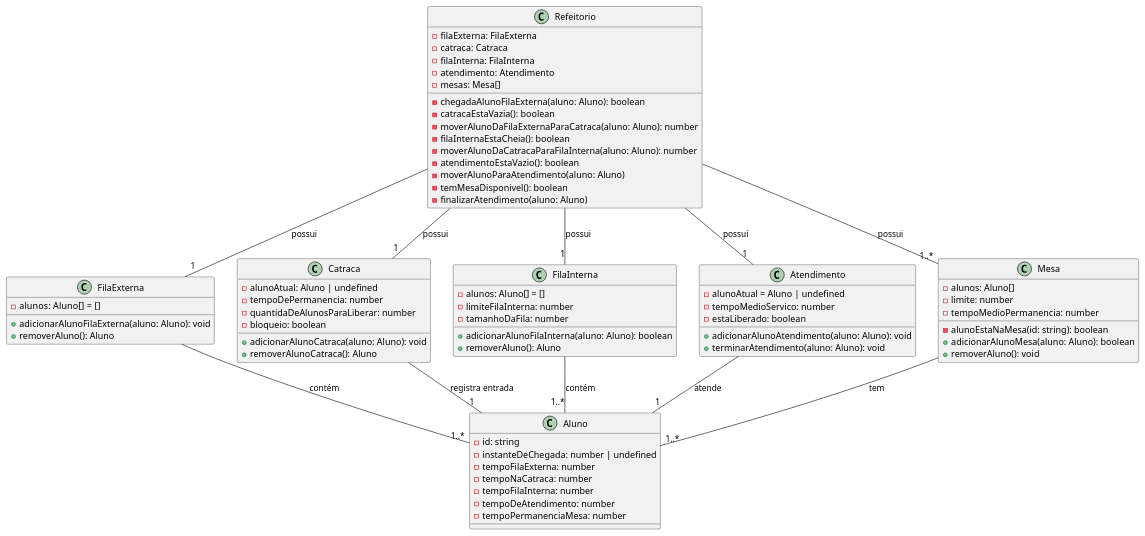
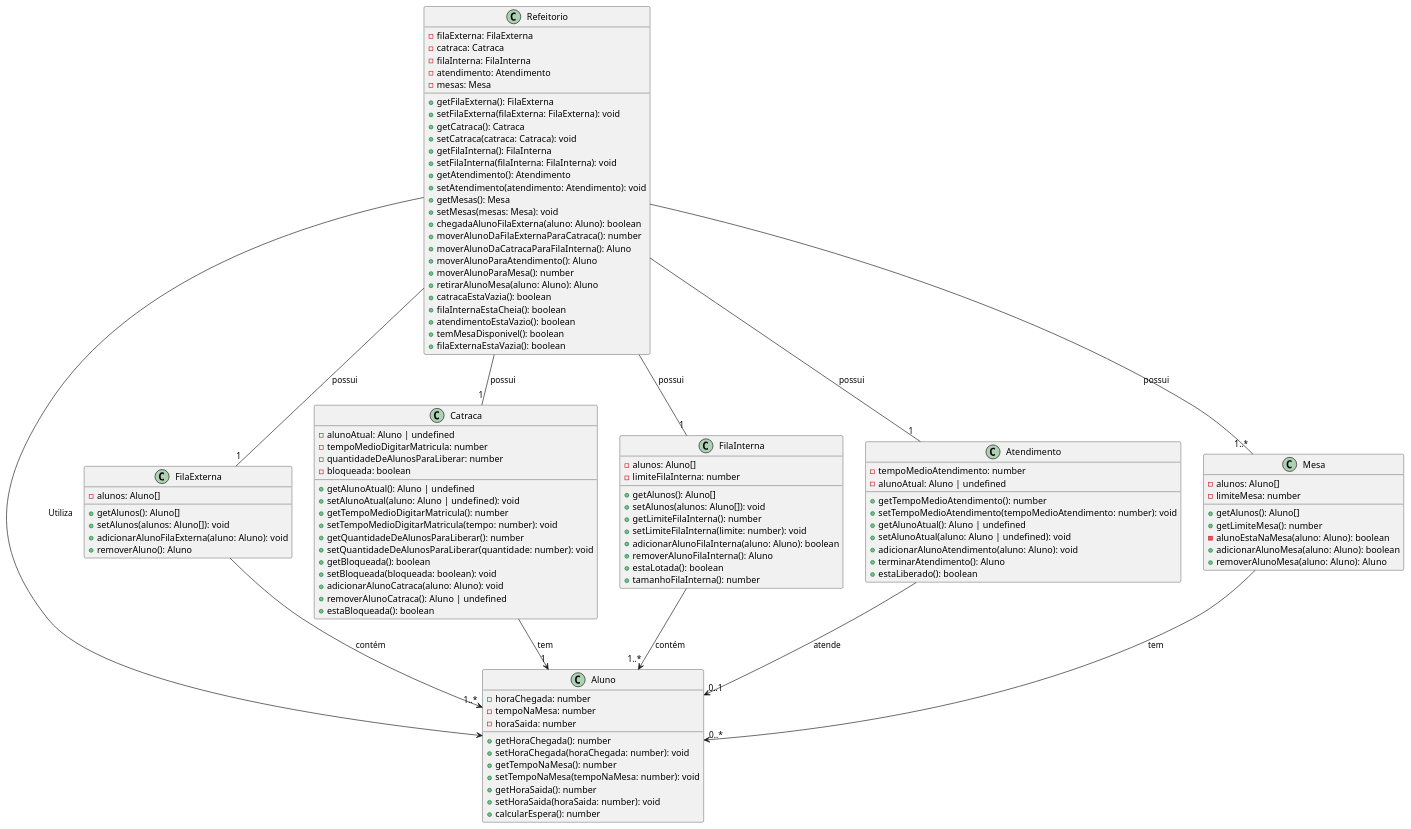
Before and after one commit to j-nilton/sfr-template: the diagram in design/system.plantuml, drawn with PlantUML. The commit also changed 4 other files, not shown here.

Commit message:
Atualização dos diagramas e do README.

```diff
--- a/design/system.plantuml
+++ b/design/system.plantuml
@@ -1,81 +1,117 @@
 @startuml Sistema 
 class Aluno {
-    -id: string
-    -instanteDeChegada: number | undefined
-    -tempoFilaExterna: number
-    -tempoNaCatraca: number
-    -tempoFilaInterna: number
-    -tempoDeAtendimento: number
-    -tempoPermanenciaMesa: number
+    - horaChegada: number
+    - tempoNaMesa: number
+    - horaSaida: number
+    
+    + getHoraChegada(): number
+    + setHoraChegada(horaChegada: number): void
+    + getTempoNaMesa(): number
+    + setTempoNaMesa(tempoNaMesa: number): void
+    + getHoraSaida(): number
+    + setHoraSaida(horaSaida: number): void
+    + calcularEspera(): number
 }
 
 class FilaExterna {
-    -alunos: Aluno[]  = []
-    +adicionarAlunoFilaExterna(aluno: Aluno): void
-    +removerAluno(): Aluno
+    - alunos: Aluno[]
+    + getAlunos(): Aluno[]
+    + setAlunos(alunos: Aluno[]): void
+    + adicionarAlunoFilaExterna(aluno: Aluno): void
+    + removerAluno(): Aluno
 }
 
 class Catraca {
-    -alunoAtual: Aluno | undefined
-    -tempoDePermanencia: number
-    -quantidaDeAlunosParaLiberar: number
-    -bloqueio: boolean
-    +adicionarAlunoCatraca(aluno: Aluno): void
-    +removerAlunoCatraca(): Aluno
+    - alunoAtual: Aluno | undefined
+    - tempoMedioDigitarMatricula: number
+    - quantidadeDeAlunosParaLiberar: number
+    - bloqueada: boolean
+    + getAlunoAtual(): Aluno | undefined
+    + setAlunoAtual(aluno: Aluno | undefined): void
+    + getTempoMedioDigitarMatricula(): number
+    + setTempoMedioDigitarMatricula(tempo: number): void
+    + getQuantidadeDeAlunosParaLiberar(): number
+    + setQuantidadeDeAlunosParaLiberar(quantidade: number): void
+    + getBloqueada(): boolean
+    + setBloqueada(bloqueada: boolean): void
+    + adicionarAlunoCatraca(aluno: Aluno): void
+    + removerAlunoCatraca(): Aluno | undefined
+    + estaBloqueada(): boolean
 }
 
 class FilaInterna {
-    -alunos: Aluno[] = []
-    -limiteFilaInterna: number
-    -tamanhoDaFila: number
-    +adicionarAlunoFilaInterna(aluno: Aluno): boolean
-    +removerAluno(): Aluno
+    - alunos: Aluno[]
+    - limiteFilaInterna: number
+    + getAlunos(): Aluno[]
+    + setAlunos(alunos: Aluno[]): void
+    + getLimiteFilaInterna(): number
+    + setLimiteFilaInterna(limite: number): void
+    + adicionarAlunoFilaInterna(aluno: Aluno): boolean
+    + removerAlunoFilaInterna(): Aluno
+    + estaLotada(): boolean
+    + tamanhoFilaInterna(): number
 }
 
 class Atendimento {
-    -alunoAtual = Aluno | undefined
-    -tempoMedioServico: number
-    -estaLiberado: boolean
-    +adicionarAlunoAtendimento(aluno: Aluno): void
-    +terminarAtendimento(aluno: Aluno): void
+    - tempoMedioAtendimento: number
+    - alunoAtual: Aluno | undefined
+    + getTempoMedioAtendimento(): number
+    + setTempoMedioAtendimento(tempoMedioAtendimento: number): void
+    + getAlunoAtual(): Aluno | undefined
+    + setAlunoAtual(aluno: Aluno | undefined): void
+    + adicionarAlunoAtendimento(aluno: Aluno): void
+    + terminarAtendimento(): Aluno
+    + estaLiberado(): boolean
 }
 
 class Mesa {
-    -alunos: Aluno[]
-    -limite: number
-    -tempoMedioPermanencia: number
-    -alunoEstaNaMesa(id: string): boolean
-    +adicionarAlunoMesa(aluno: Aluno): boolean
-    +removerAluno(): void
+    - alunos: Aluno[]
+    - limiteMesa: number
+    + getAlunos(): Aluno[]
+    + getLimiteMesa(): number
+    - alunoEstaNaMesa(aluno: Aluno): boolean
+    + adicionarAlunoMesa(aluno: Aluno): boolean
+    + removerAlunoMesa(aluno: Aluno): Aluno
 }
 
 class Refeitorio {
-    -filaExterna: FilaExterna
-    -catraca: Catraca
-    -filaInterna: FilaInterna
-    -atendimento: Atendimento
-    -mesas: Mesa[]
-    -chegadaAlunoFilaExterna(aluno: Aluno): boolean
-    -catracaEstaVazia(): boolean
-    -moverAlunoDaFilaExternaParaCatraca(aluno: Aluno): number
-    -filaInternaEstaCheia(): boolean
-    -moverAlunoDaCatracaParaFilaInterna(aluno: Aluno): number
-    -atendimentoEstaVazio(): boolean
-    -moverAlunoParaAtendimento(aluno: Aluno)
-    -temMesaDisponivel(): boolean
-    -finalizarAtendimento(aluno: Aluno)
-    
-
+    - filaExterna: FilaExterna
+    - catraca: Catraca
+    - filaInterna: FilaInterna
+    - atendimento: Atendimento
+    - mesas: Mesa
+    + getFilaExterna(): FilaExterna
+    + setFilaExterna(filaExterna: FilaExterna): void
+    + getCatraca(): Catraca
+    + setCatraca(catraca: Catraca): void
+    + getFilaInterna(): FilaInterna
+    + setFilaInterna(filaInterna: FilaInterna): void
+    + getAtendimento(): Atendimento
+    + setAtendimento(atendimento: Atendimento): void
+    + getMesas(): Mesa
+    + setMesas(mesas: Mesa): void
+    + chegadaAlunoFilaExterna(aluno: Aluno): boolean
+    + moverAlunoDaFilaExternaParaCatraca(): number
+    + moverAlunoDaCatracaParaFilaInterna(): Aluno
+    + moverAlunoParaAtendimento(): Aluno
+    + moverAlunoParaMesa(): number
+    + retirarAlunoMesa(aluno: Aluno): Aluno
+    + catracaEstaVazia(): boolean
+    + filaInternaEstaCheia(): boolean
+    + atendimentoEstaVazio(): boolean
+    + temMesaDisponivel(): boolean
+    + filaExternaEstaVazia(): boolean
 }
 
-FilaExterna -- "1..*" Aluno : "contém"
-FilaInterna -- "1..*" Aluno : "contém"
-Catraca -- "1" Aluno : "registra entrada"
-Atendimento -- "1" Aluno: "atende"
-Mesa -- "1..*" Aluno : "tem"
+FilaExterna --> "1..*" Aluno : "contém"
+FilaInterna --> "1..*" Aluno : "contém"
+Catraca --> "1" Aluno : "tem"
+Atendimento --> "0..1" Aluno: "atende"
+Mesa --> "0..*" Aluno : "tem"
 Refeitorio -- "1" FilaExterna : "possui"
 Refeitorio -- "1" Catraca : "possui"
 Refeitorio -- "1" FilaInterna : "possui"
 Refeitorio -- "1" Atendimento : "possui"
 Refeitorio -- "1..*" Mesa : "possui"
+Refeitorio --> Aluno : Utiliza
 @enduml
```
